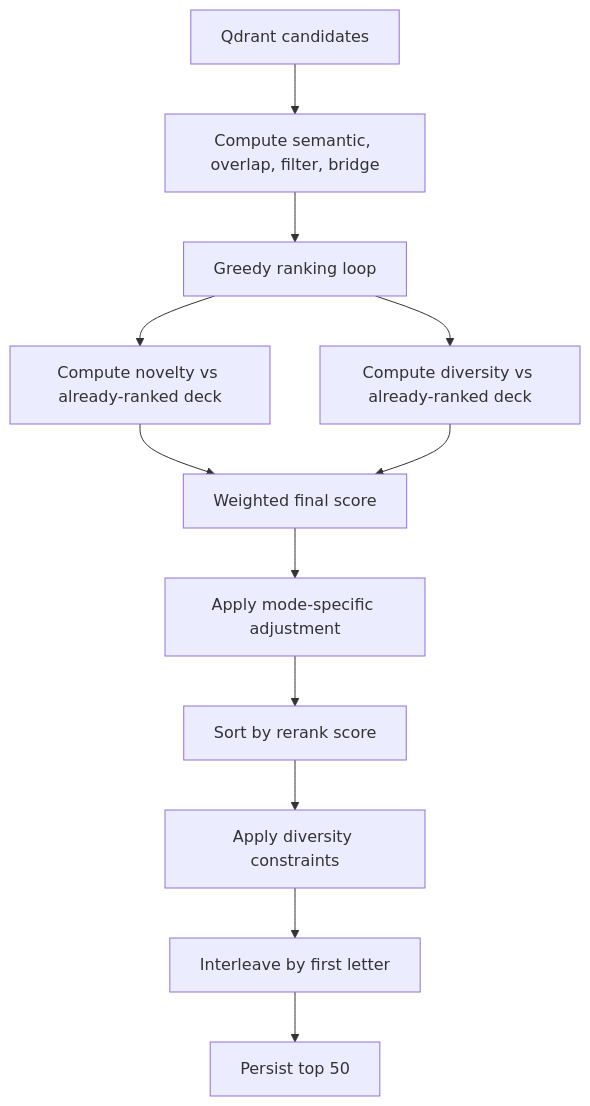
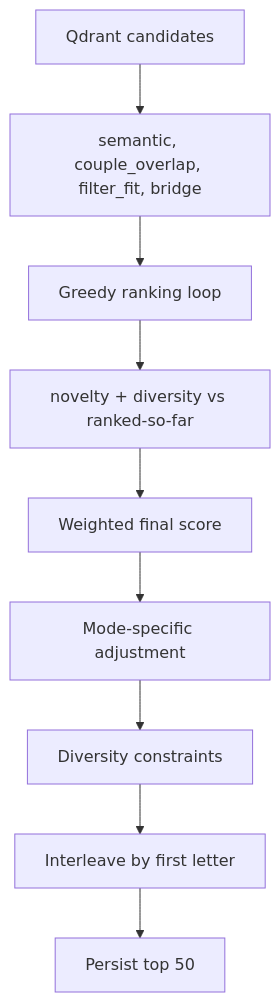
One commit to erickrex/babybase changed the third of 3 diagrams in technical_breakdown.md. Above: the diagram before and after it, drawn with Mermaid. The commit also changed other lines of this file and 1 other file, not shown here.

````diff
--- a/technical_breakdown.md
+++ b/technical_breakdown.md
@@ -403,14 +187,11 @@
 ```mermaid
 flowchart TD
-    Candidates["Qdrant candidates"] --> BaseScores["Compute semantic, overlap, filter, bridge"]
-    BaseScores --> Greedy["Greedy ranking loop"]
-    Greedy --> Novelty["Compute novelty vs already-ranked deck"]
-    Greedy --> Diversity["Compute diversity vs already-ranked deck"]
-    Novelty --> Weighted["Weighted final score"]
-    Diversity --> Weighted
-    Weighted --> ModeAdjust["Apply mode-specific adjustment"]
-    ModeAdjust --> Sort["Sort by rerank score"]
-    Sort --> Constraints["Apply diversity constraints"]
+    Candidates["Qdrant candidates"] --> Base["semantic, couple_overlap, filter_fit, bridge"]
+    Base --> Greedy["Greedy ranking loop"]
+    Greedy --> ND["novelty + diversity vs ranked-so-far"]
+    ND --> Weighted["Weighted final score"]
+    Weighted --> ModeAdj["Mode-specific adjustment"]
+    ModeAdj --> Constraints["Diversity constraints"]
     Constraints --> Interleave["Interleave by first letter"]
-    Interleave --> Deck["Persist top 50"]
+    Interleave --> Persist["Persist top 50"]
 ```
````
